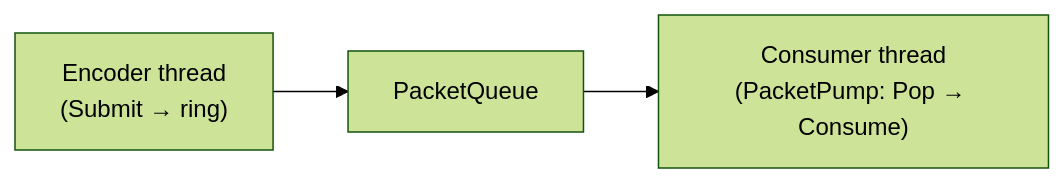
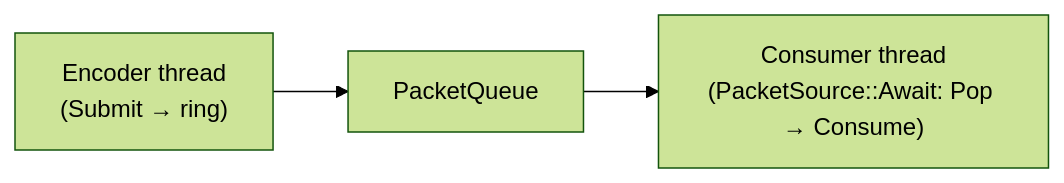
The third of 3 diagrams in codec/doc/architecture/threading.md (oxsource/video_codec), drawn with Mermaid (forest theme) before and after one commit. The commit also changed other lines of this file and 69 other files, not shown here.

````diff
--- a/codec/doc/architecture/threading.md
+++ b/codec/doc/architecture/threading.md
@@ -54,8 +54,8 @@
 ```mermaid
 flowchart LR
     ET["Encoder thread<br/>(Submit → ring)"]
     Q["PacketQueue"]
-    CT["Consumer thread<br/>(PacketPump: Pop → Consume)"]
+    CT["Consumer thread<br/>(PacketSource::Await: Pop → Consume)"]
     ET --> Q
     Q --> CT
 ```
````
